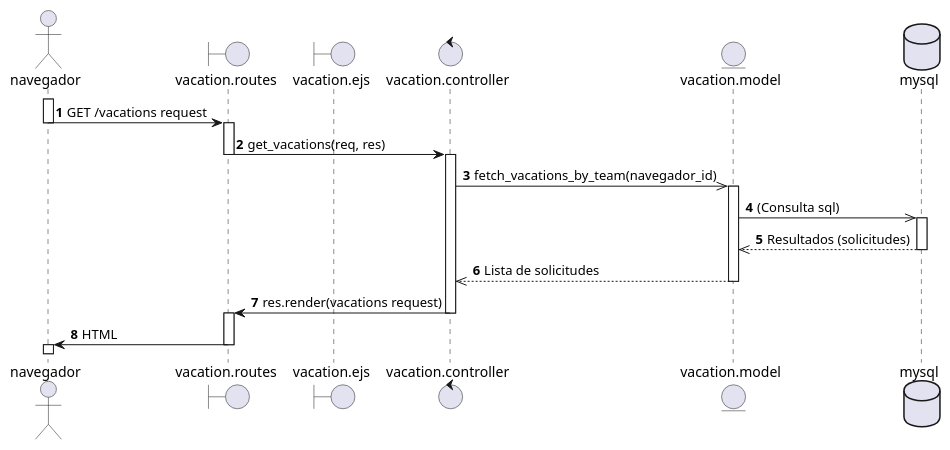
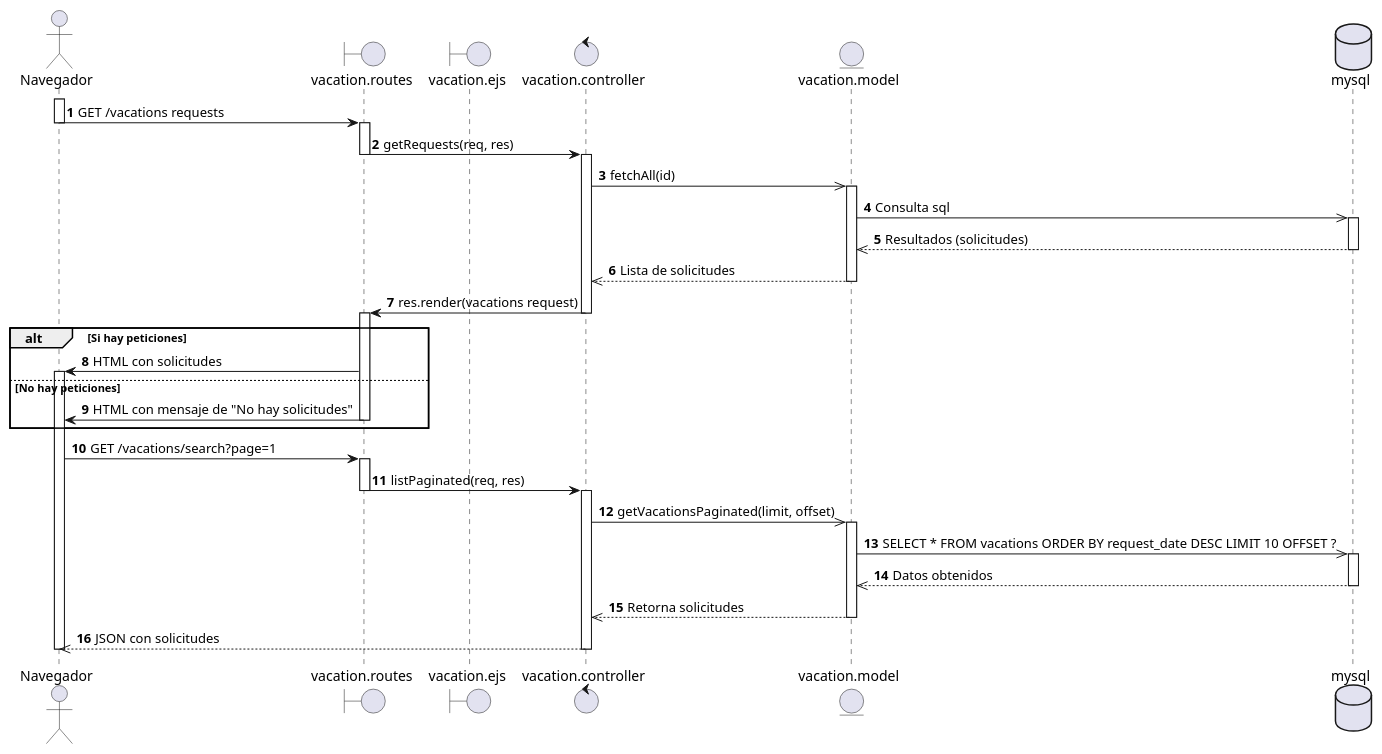
Before and after one commit to EdCanCe/WorkCells: the diagram in diagrams/Casos de Uso/manu req fun/diagramas de secuencia/lider consulta vacaciones.puml, drawn with PlantUML. The commit also changed 13 other files, not shown here.

Commit message:
diagramas de act casos de uso manu

```diff
--- a/diagrams/Casos de Uso/manu req fun/diagramas de secuencia/lider consulta vacaciones.puml
+++ b/diagrams/Casos de Uso/manu req fun/diagramas de secuencia/lider consulta vacaciones.puml
@@ -1,40 +1,69 @@
 @startuml
-actor navegador
+actor Navegador
 boundary vacation.routes
 boundary vacation.ejs
 control vacation.controller
 entity vacation.model
 database mysql
 
 autonumber
-activate navegador
 ' Inicio del flujo
-navegador -> vacation.routes : GET /vacations request
-deactivate navegador
+activate Navegador
+Navegador -> vacation.routes : GET /vacations requests
+deactivate Navegador
 activate vacation.routes
 
-vacation.routes -> vacation.controller : get_vacations(req, res)
+vacation.routes -> vacation.controller : getRequests(req, res)
 deactivate vacation.routes
 activate vacation.controller
 
-vacation.controller ->> vacation.model : fetch_vacations_by_team(navegador_id)
+vacation.controller ->> vacation.model : fetchAll(id)
 activate vacation.model
 
 ' Consulta mejorada considerando solo colaboradores del mismo departamento
-vacation.model ->> mysql : (Consulta sql)
-
+vacation.model ->> mysql : Consulta sql
 activate mysql
 mysql -->> vacation.model : Resultados (solicitudes)
 deactivate mysql
 
 vacation.model -->> vacation.controller : Lista de solicitudes
 deactivate vacation.model
 
 vacation.controller -> vacation.routes : res.render(vacations request)
+' Verifica si hay peticiones
+alt Si hay peticiones
+    deactivate vacation.controller
+    activate vacation.routes
+    vacation.routes -> Navegador : HTML con solicitudes
+   activate Navegador
+
+else No hay peticiones
+    vacation.routes -> Navegador : HTML con mensaje de "No hay solicitudes"
+    deactivate vacation.routes
+    deactivate vacation.routes
+end
+
+' Cargar las solicitudes con paginación
+Navegador -> vacation.routes : GET /vacations/search?page=1
+activate vacation.routes
+
+vacation.routes -> vacation.controller : listPaginated(req, res)
+deactivate vacation.routes
+activate vacation.controller
+
+vacation.controller ->> vacation.model : getVacationsPaginated(limit, offset)
+activate vacation.model
+
+vacation.model ->> mysql : SELECT * FROM vacations ORDER BY request_date DESC LIMIT 10 OFFSET ?
+activate mysql
+mysql -->> vacation.model : Datos obtenidos
+deactivate mysql
+
+vacation.model -->> vacation.controller : Retorna solicitudes
+deactivate vacation.model
+
+vacation.controller -->> Navegador : JSON con solicitudes
 deactivate vacation.controller
-activate vacation.routes
-vacation.routes -> navegador : HTML
-deactivate vacation.routes
-activate navegador
-deactivate navegador
+deactivate Navegador
+
 @enduml
```
